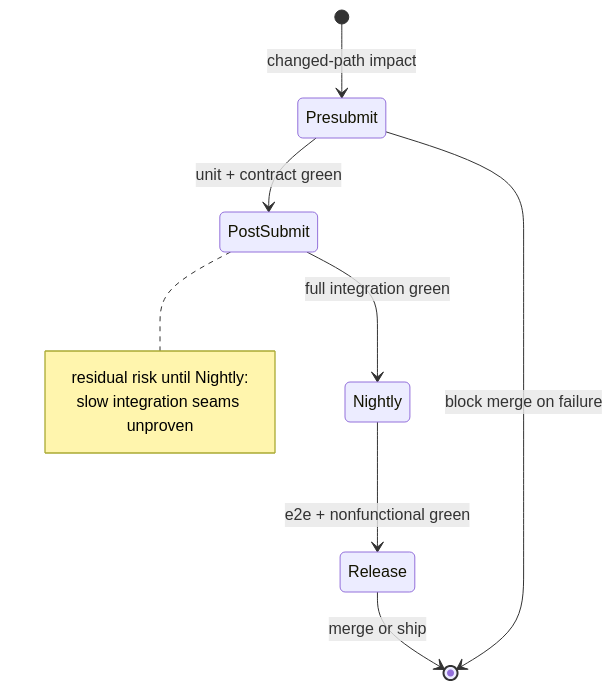
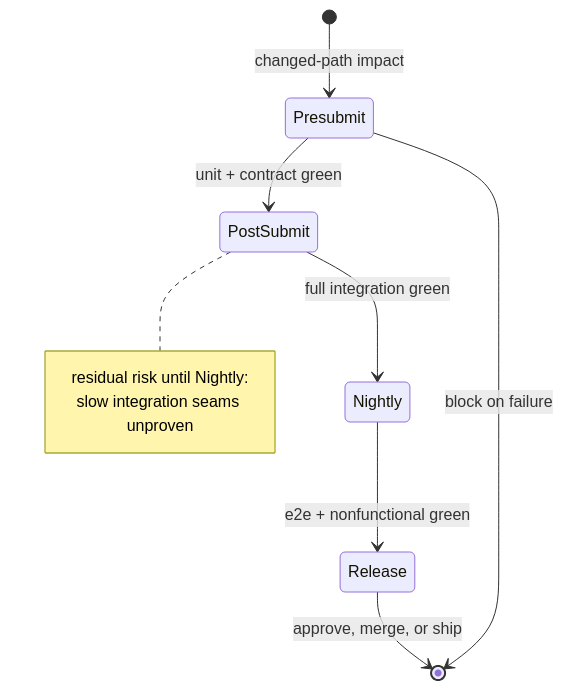
One commit to bsamiee/Rasm changed the diagram in docs/standards/explanation/test-strategy.md. Above: the diagram before and after it, drawn with Mermaid. The commit also changed other lines of this file and 20 other files, not shown here.

````diff
--- a/docs/standards/explanation/test-strategy.md
+++ b/docs/standards/explanation/test-strategy.md
@@ -213,13 +249,13 @@
 ```mermaid conceptual
 stateDiagram-v2
     [*] --> Presubmit: changed-path impact
     Presubmit --> PostSubmit: unit + contract green
     PostSubmit --> Nightly: full integration green
     Nightly --> Release: e2e + nonfunctional green
-    Release --> [*]: merge or ship
-    Presubmit --> [*]: block merge on failure
+    Release --> [*]: approve, merge, or ship
+    Presubmit --> [*]: block on failure
     note right of PostSubmit
         residual risk until Nightly:
         slow integration seams unproven
     end note
 ```
````
